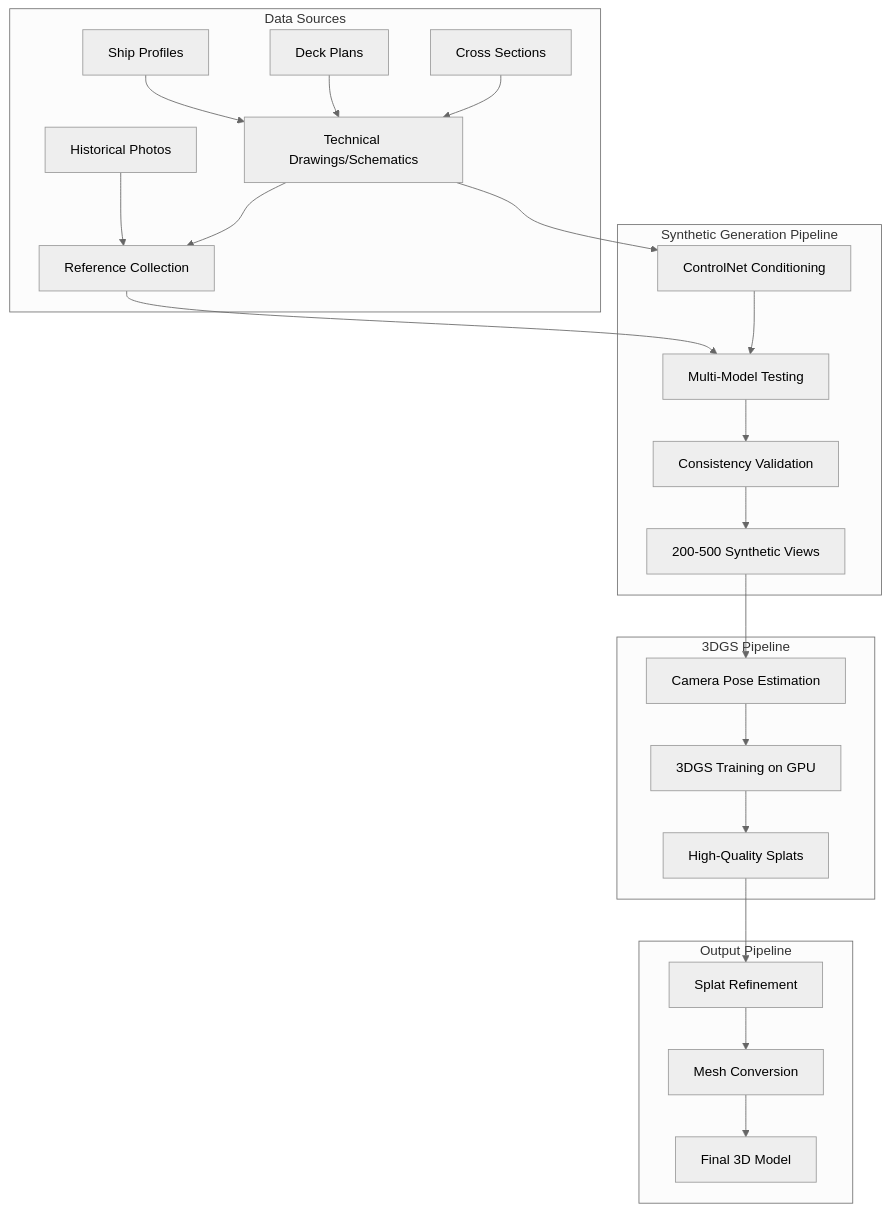
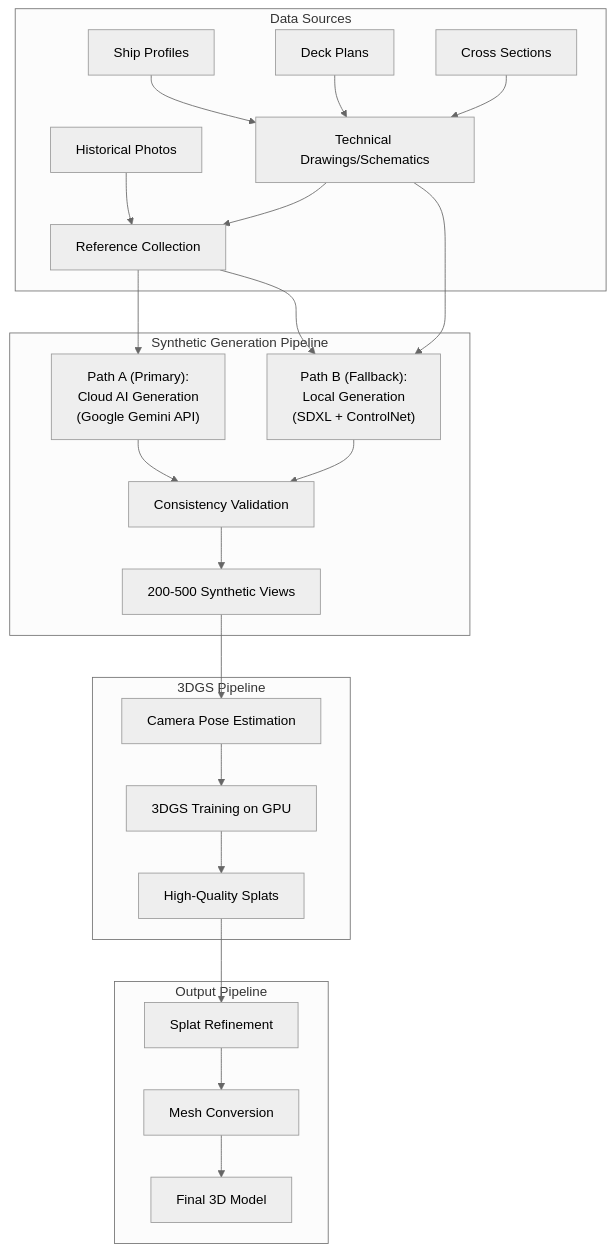
One commit to Coldaine/BattleshipMaker2 changed the diagram in docs/01MasterArchitecture.md. Above: the diagram before and after it, drawn with Mermaid (neutral theme). The commit also changed other lines of this file and 6 other files, not shown here.

````diff
--- a/docs/01MasterArchitecture.md
+++ b/docs/01MasterArchitecture.md
@@ -17,30 +17,32 @@
 ```mermaid
 graph TB
     subgraph "Data Sources"
         A[Historical Photos] --> C[Reference Collection]
         B[Technical Drawings/Schematics] --> C
         B1[Ship Profiles] --> B
         B2[Deck Plans] --> B
         B3[Cross Sections] --> B
     end
     
     subgraph "Synthetic Generation Pipeline"
-        C --> D[Multi-Model Testing]
-        B --> CN[ControlNet Conditioning]
-        CN --> D
-        D --> E[Consistency Validation]
+        C --> D1["Path A (Primary):<br/>Cloud AI Generation<br/>(Google Gemini API)"]
+        C --> D2["Path B (Fallback):<br/>Local Generation<br/>(SDXL + ControlNet)"]
+        B --> D2
+        
+        D1 --> E[Consistency Validation]
+        D2 --> E
         E --> F[200-500 Synthetic Views]
     end
     
     subgraph "3DGS Pipeline"
         F --> G[Camera Pose Estimation]
         G --> H[3DGS Training on GPU]
         H --> I[High-Quality Splats]
     end
     
     subgraph "Output Pipeline"
         I --> J[Splat Refinement]
         J --> K[Mesh Conversion]
         K --> L[Final 3D Model]
     end
 ```
````
